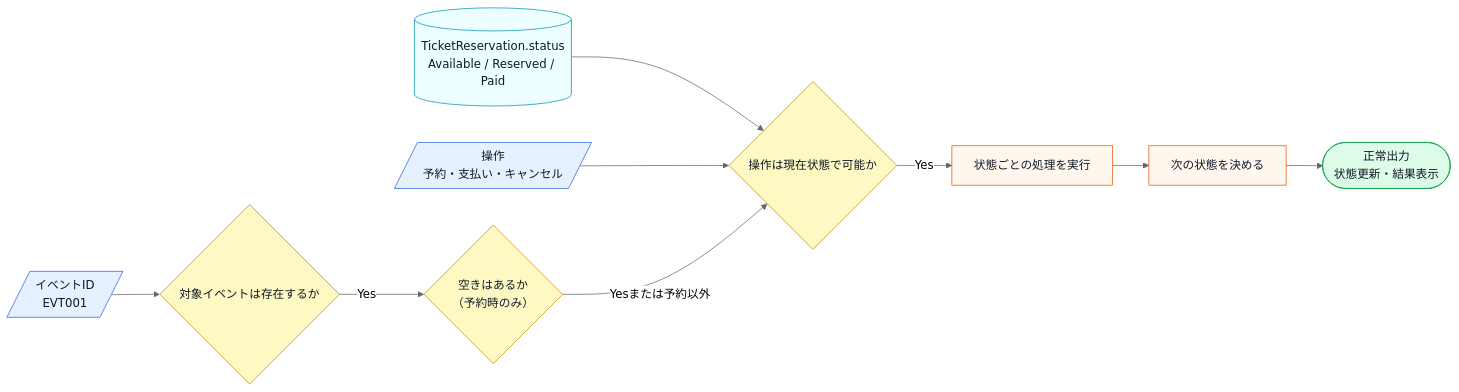
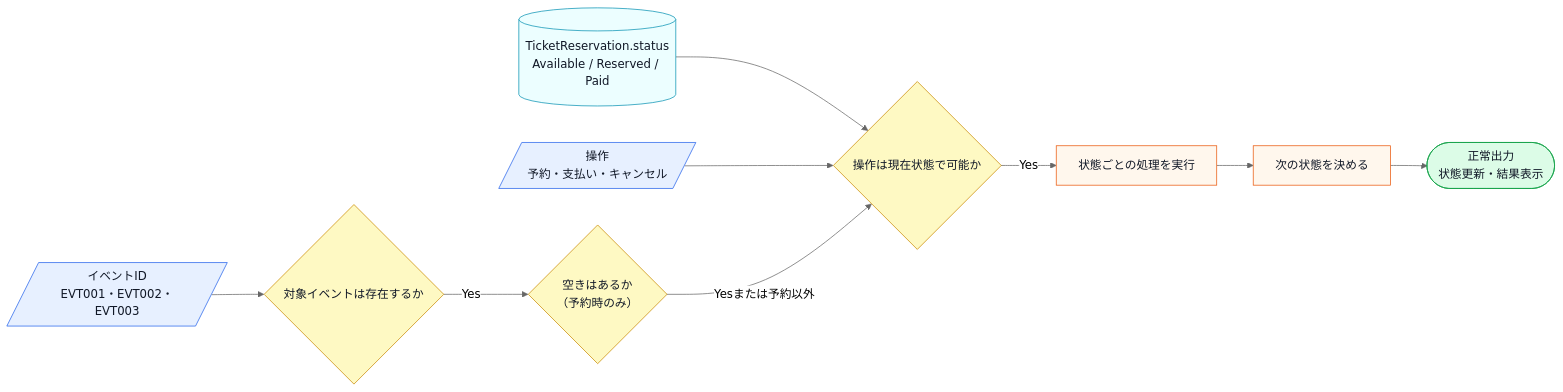
One commit to kumachan1101-pixel/DesignPattern changed the second of 16 diagrams in kindle/design-patterns/output/chapter03.md. Above: the diagram before and after it, drawn with Mermaid (neutral theme). The commit also changed other lines of this file and 3 other files, not shown here.

````diff
--- a/kindle/design-patterns/output/chapter03.md
+++ b/kindle/design-patterns/output/chapter03.md
@@ -65,17 +65,17 @@
 ```mermaid
 flowchart LR
     A[(TicketReservation.status<br>Available / Reserved / Paid)]:::data --> B{操作は現在状態で可能か}:::decision
     C[/操作<br>予約・支払い・キャンセル/]:::input --> B
-    D[/イベントID<br>EVT001/]:::input --> E{対象イベントは存在するか}:::decision
+    D[/イベントID<br>EVT001・EVT002・EVT003/]:::input --> E{対象イベントは存在するか}:::decision
     E -->|Yes| K{空きはあるか<br>（予約時のみ）}:::decision
     K -->|Yesまたは予約以外| B
     B -->|Yes| F[状態ごとの処理を実行]:::process
     F --> G[次の状態を決める]:::process
     G --> H([正常出力<br>状態更新・結果表示]):::normal
 
     classDef data fill:#ecfeff,stroke:#0891b2,color:#111827;
     classDef input fill:#e7f0ff,stroke:#2563eb,color:#111827;
     classDef process fill:#fff7ed,stroke:#ea580c,color:#111827;
     classDef decision fill:#fef9c3,stroke:#ca8a04,color:#111827;
     classDef normal fill:#dcfce7,stroke:#16a34a,color:#111827;
 ```
````
